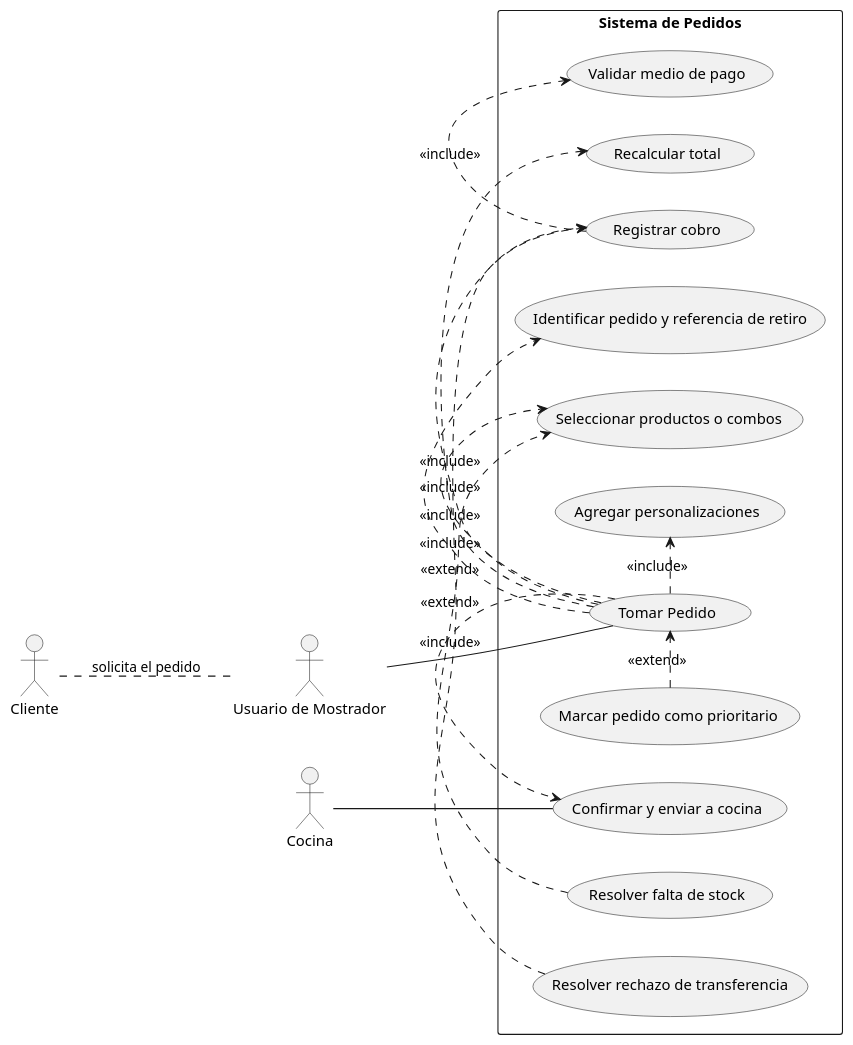
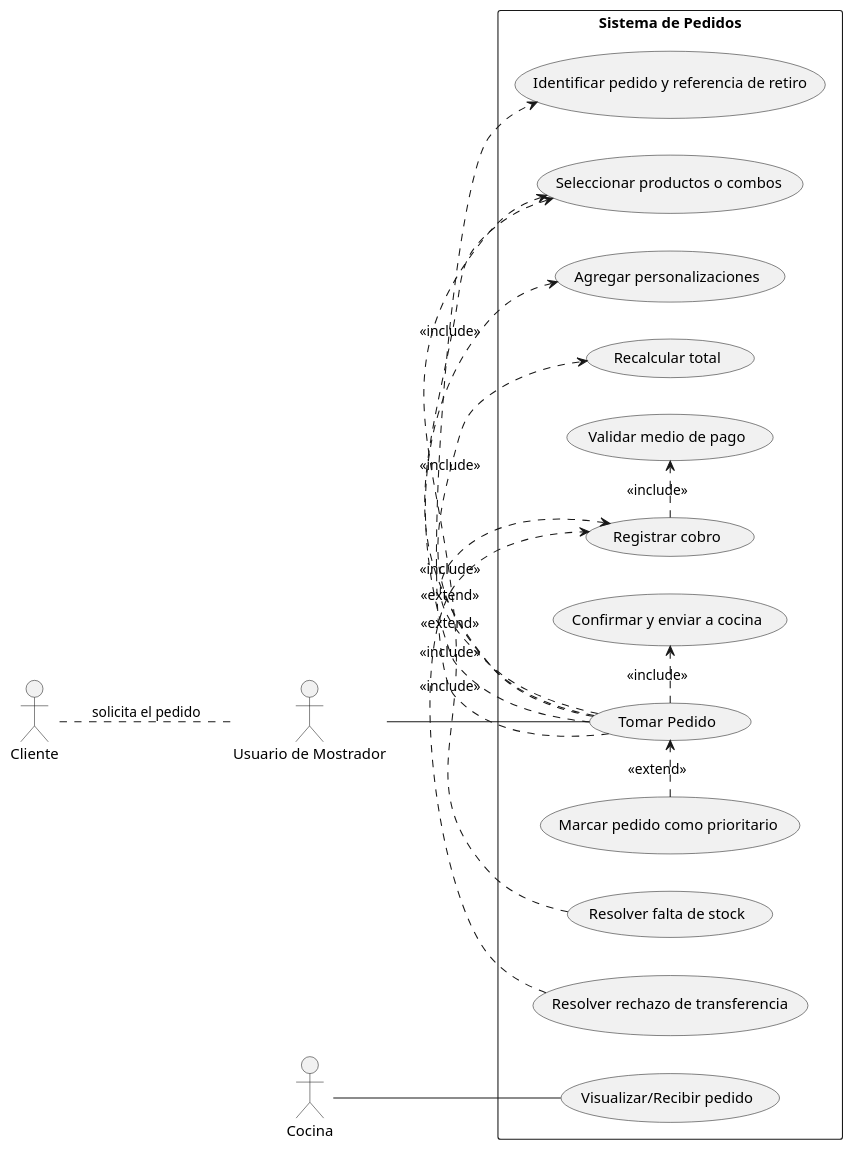
Before and after one commit to eloeyhe/SistemaPedidos: the diagram in diagramas/02-casos-de-uso/CU01-tomar-pedido.puml, drawn with PlantUML. The commit also changed 4 other files, not shown here.

Commit message:
Local save: preparacion de refactor de diagramas y changelog para A2

```diff
--- a/diagramas/02-casos-de-uso/CU01-tomar-pedido.puml
+++ b/diagramas/02-casos-de-uso/CU01-tomar-pedido.puml
@@ -1,38 +1,39 @@
 @startuml CU01_Tomar_Pedido
 left to right direction
 
 actor Cliente
 actor "Usuario de Mostrador" as Mostrador
 actor Cocina
 
 Cliente .. Mostrador : solicita el pedido
 
 rectangle "Sistema de Pedidos" {
     usecase "Tomar Pedido" as Tomar
     usecase "Identificar pedido y referencia de retiro" as Identificar
     usecase "Seleccionar productos o combos" as Seleccionar
     usecase "Agregar personalizaciones" as Personalizar
     usecase "Recalcular total" as Calcular
     usecase "Marcar pedido como prioritario" as Priorizar
     usecase "Registrar cobro" as Cobrar
     usecase "Validar medio de pago" as ValidarPago
     usecase "Confirmar y enviar a cocina" as Confirmar
+    usecase "Visualizar/Recibir pedido" as Recibir
     usecase "Resolver falta de stock" as FaltaStock
     usecase "Resolver rechazo de transferencia" as RechazoTransferencia
 }
 
 Mostrador -- Tomar
-Cocina -- Confirmar
+Cocina -- Recibir
 
 Tomar .> Identificar : <<include>>
 Tomar .> Seleccionar : <<include>>
 Tomar .> Personalizar : <<include>>
 Tomar .> Calcular : <<include>>
 Tomar .> Cobrar : <<include>>
 Tomar .> Confirmar : <<include>>
 
 Priorizar .> Tomar : <<extend>>
 Cobrar .> ValidarPago : <<include>>
 FaltaStock .> Seleccionar : <<extend>>
 RechazoTransferencia .> Cobrar : <<extend>>
 @enduml
```
